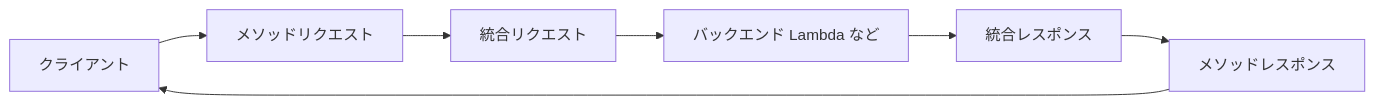
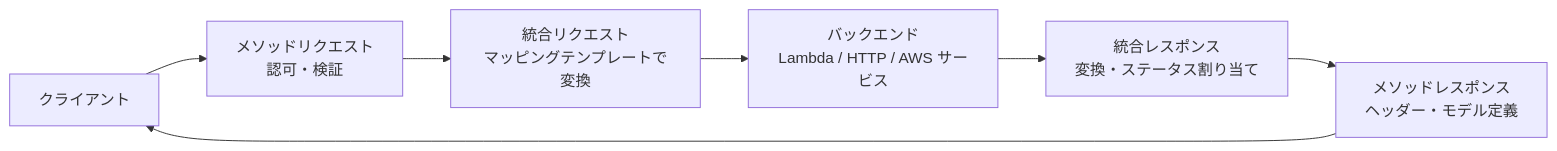
One commit to myoshi2891/Cloud-Infrastructure-and-Network-Studies changed the eighth of 31 diagrams in Dva-c02-domain1-development-with-aws-services-guide.md. Above: the diagram before and after it, drawn with Mermaid. The commit also changed other lines of this file, not shown here.

Commit message:
docs(aws): update DVA-C02 Domain 1 guide with comprehensive official references and study tips

````diff
--- a/Dva-c02-domain1-development-with-aws-services-guide.md
+++ b/Dva-c02-domain1-development-with-aws-services-guide.md
@@ -447,9 +522,9 @@
 ```mermaid
 flowchart LR
-    C["クライアント"] --> M["メソッドリクエスト"]
-    M --> I["統合リクエスト"]
-    I --> B["バックエンド Lambda など"]
-    B --> IR["統合レスポンス"]
-    IR --> MR["メソッドレスポンス"]
-    MR --> C
+    C["クライアント"] --> MR["メソッドリクエスト<br/>認可・検証"]
+    MR --> IR["統合リクエスト<br/>マッピングテンプレートで変換"]
+    IR --> BE["バックエンド<br/>Lambda / HTTP / AWS サービス"]
+    BE --> IS["統合レスポンス<br/>変換・ステータス割り当て"]
+    IS --> MS["メソッドレスポンス<br/>ヘッダー・モデル定義"]
+    MS --> C
 ```
````
